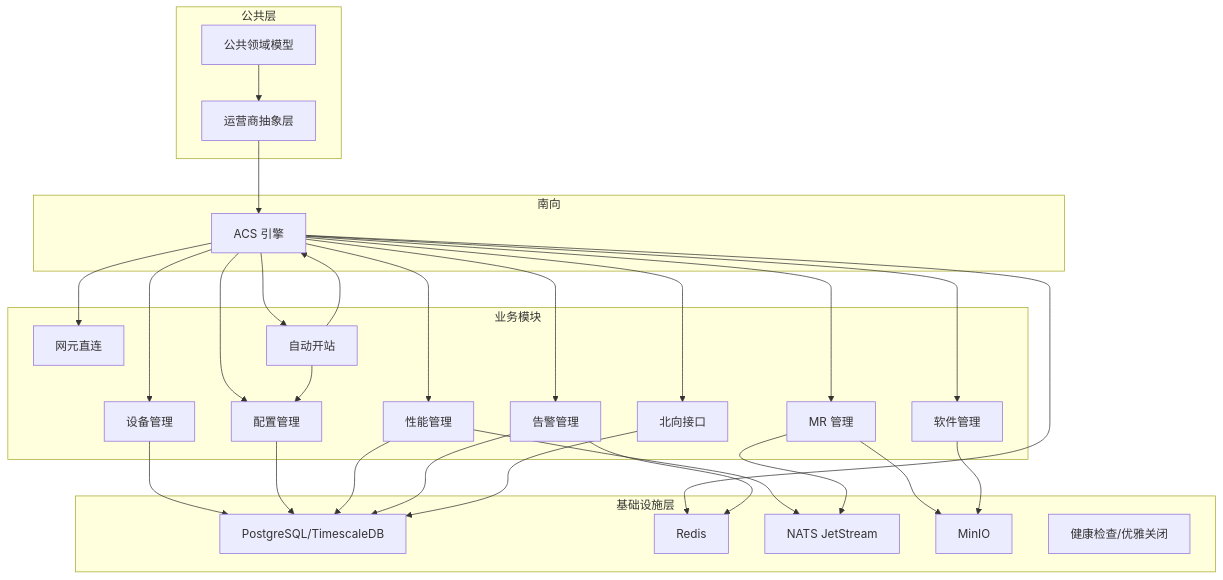
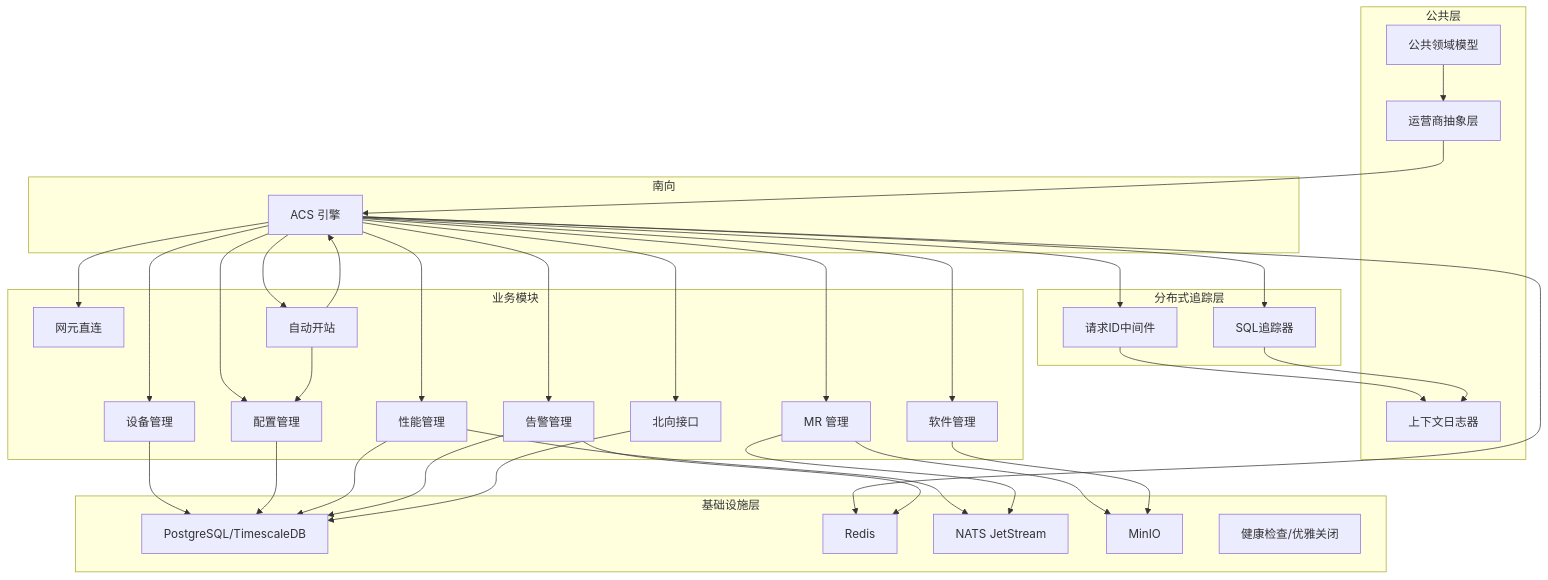
The first of 13 diagrams in .qoder/repowiki/zh/content/核心模块/核心模块.md (bixinhaner/xomc), drawn with Mermaid before and after one commit. The commit also changed other lines of this file and 6 other files, not shown here.

````diff
--- a/.qoder/repowiki/zh/content/核心模块/核心模块.md
+++ b/.qoder/repowiki/zh/content/核心模块/核心模块.md
@@ -133,52 +148,61 @@
 ```mermaid
 graph TB
 subgraph "基础设施层"
 PG["PostgreSQL/TimescaleDB"]
 RD["Redis"]
 NT["NATS JetStream"]
 MO["MinIO"]
 HC["健康检查/优雅关闭"]
 end
 subgraph "公共层"
 CM["公共领域模型"]
 CA["运营商抽象层"]
+CTX["上下文日志器"]
+end
+subgraph "分布式追踪层"
+RID["请求ID中间件"]
+SQLT["SQL追踪器"]
 end
 subgraph "南向"
 ACS["ACS 引擎"]
 end
 subgraph "业务模块"
 DEV["设备管理"]
 CFG["配置管理"]
 PM["性能管理"]
 ALM["告警管理"]
 MR["MR 管理"]
 SW["软件管理"]
 ND["网元直连"]
 NB["北向接口"]
 PR["自动开站"]
 end
 CM --> CA
 CA --> ACS
+ACS --> RID
+ACS --> SQLT
 ACS --> DEV
 ACS --> CFG
 ACS --> PM
 ACS --> ALM
 ACS --> MR
 ACS --> SW
 ACS --> ND
 ACS --> NB
 ACS --> PR
 ACS --> RD
 DEV --> PG
 CFG --> PG
 PM --> PG
 PM --> NT
 ALM --> RD
 ALM --> PG
 MR --> MO
 MR --> NT
 SW --> MO
 NB --> PG
 PR --> CFG
 PR --> ACS
+RID --> CTX
+SQLT --> CTX
 ```
````
